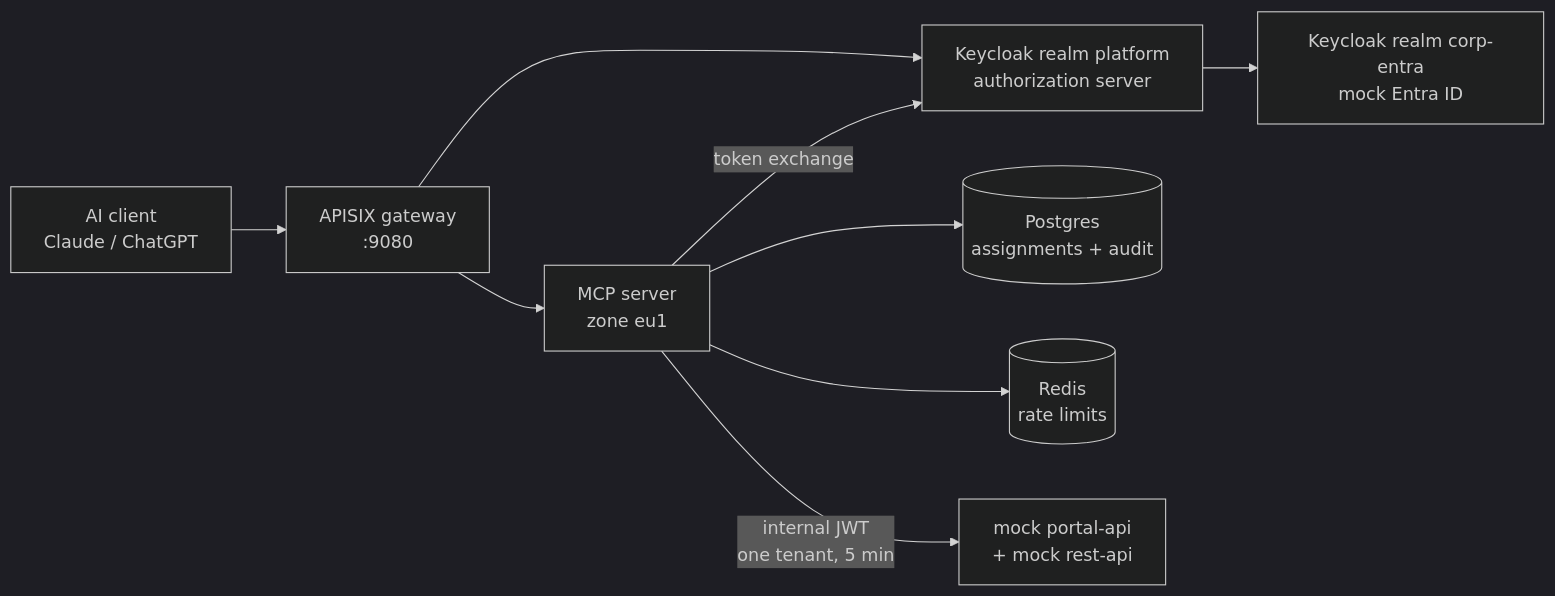
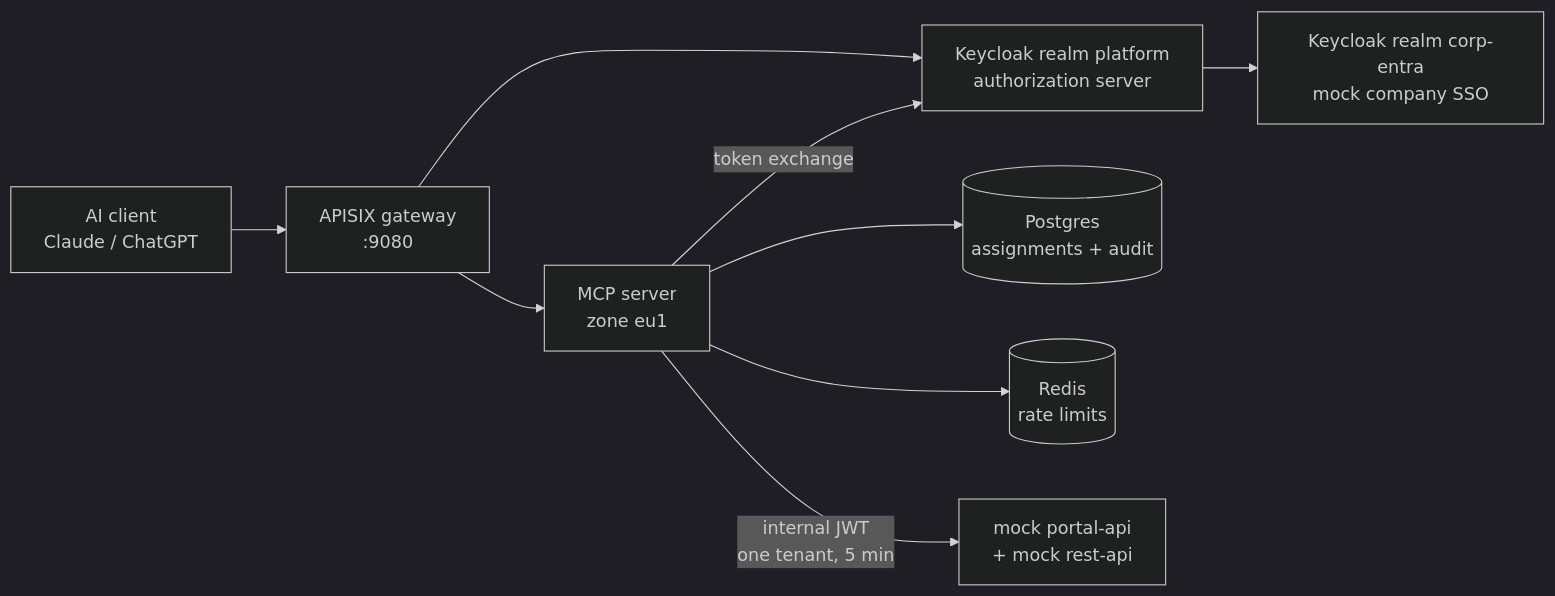
Before and after one commit to jricardooliveira/mcp-keycloak-apisix: the first of 5 diagrams in README.md, drawn with Mermaid (dark theme). The commit also changed other lines of this file, not shown here.

First line of the commit message:
Add FAQ and explain the role of each architecture piece

````diff
--- a/README.md
+++ b/README.md
@@ -27,11 +28,11 @@
 ```mermaid
 flowchart LR
   C["AI client<br/>Claude / ChatGPT"] --> G["APISIX gateway<br/>:9080"]
   G --> M["MCP server<br/>zone eu1"]
   G --> K["Keycloak realm platform<br/>authorization server"]
-  K --> E["Keycloak realm corp-entra<br/>mock Entra ID"]
+  K --> E["Keycloak realm corp-entra<br/>mock company SSO"]
   M --> S[("Postgres<br/>assignments + audit")]
   M --> R[("Redis<br/>rate limits")]
   M -- "token exchange" --> K
   M -- "internal JWT<br/>one tenant, 5 min" --> B["mock portal-api<br/>+ mock rest-api"]
 ```
````
